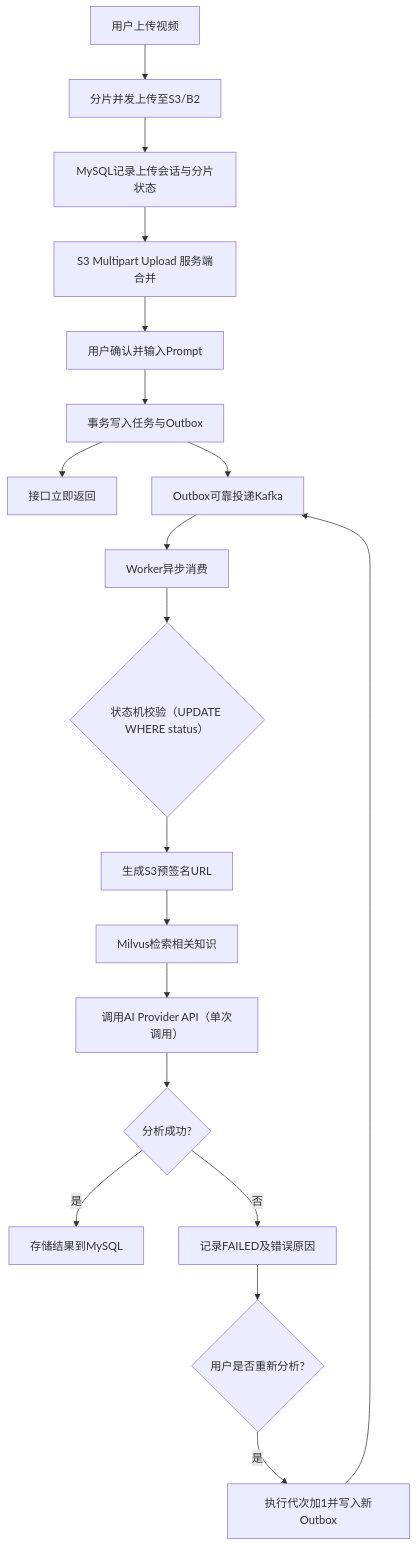
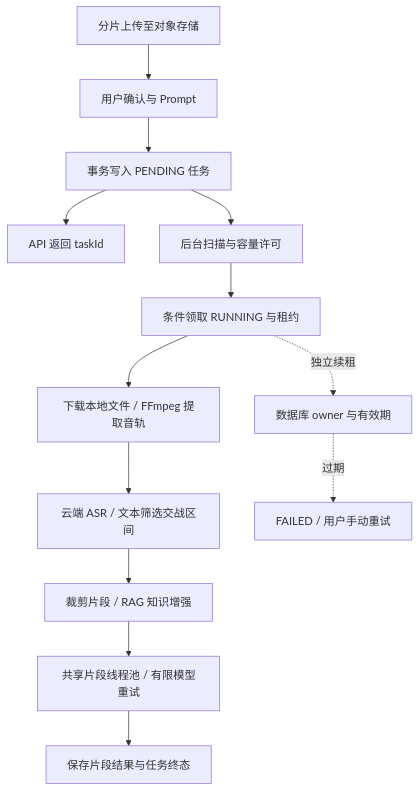
The diagram in README.md (Aloys-y/video-ai-platform), drawn with Mermaid before and after one commit. The commit also changed other lines of this file and 106 other files, not shown here.

````diff
--- a/README.md
+++ b/README.md
@@ -123,23 +123,15 @@
 ```mermaid
 graph TD
-    A[用户上传视频] --> D[分片并发上传至S3/B2]
-    D --> E[MySQL记录上传会话与分片状态]
-    E --> F[S3 Multipart Upload 服务端合并]
-
-    F --> G[用户确认并输入Prompt]
-    G --> H[事务写入任务与Outbox]
-    H --> I[接口立即返回]
-
-    H --> R[Outbox可靠投递Kafka]
-    R --> J[Worker异步消费]
-    J --> K{状态机校验（UPDATE WHERE status）}
-    K --> L[生成S3预签名URL]
-    L --> T[Milvus检索相关知识]
-    T --> M[调用AI Provider API（单次调用）]
-    M --> N{分析成功?}
-    N -- 是 --> O[存储结果到MySQL]
-    N -- 否 --> P[记录FAILED及错误原因]
-    P --> Q{用户是否重新分析?}
-    Q -- 是 --> S[执行代次加1并写入新Outbox]
-    S --> R
+    A[分片上传至对象存储] --> B[用户确认与 Prompt]
+    B --> C[事务写入 PENDING 任务]
+    C --> D[API 返回 taskId]
+    C --> E[后台扫描与容量许可]
+    E --> F[条件领取 RUNNING 与租约]
+    F --> G[下载本地文件 / FFmpeg 提取音轨]
+    G --> H[云端 ASR / 文本筛选交战区间]
+    H --> I[裁剪片段 / RAG 知识增强]
+    I --> J[共享片段线程池 / 有限模型重试]
+    J --> K[保存片段结果与任务终态]
+    F -. 独立续租 .-> L[数据库 owner 与有效期]
+    L -. 过期 .-> M[FAILED / 用户手动重试]
 ```
````
